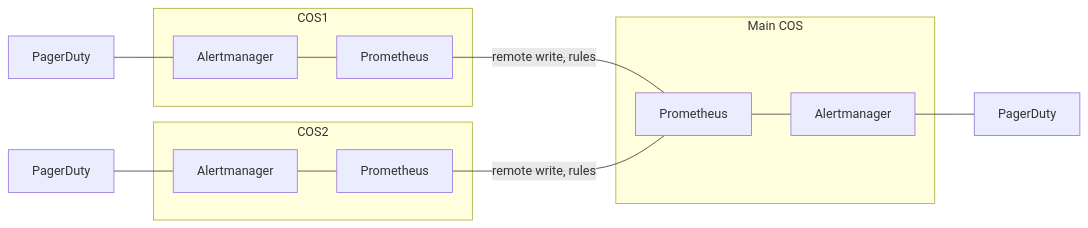
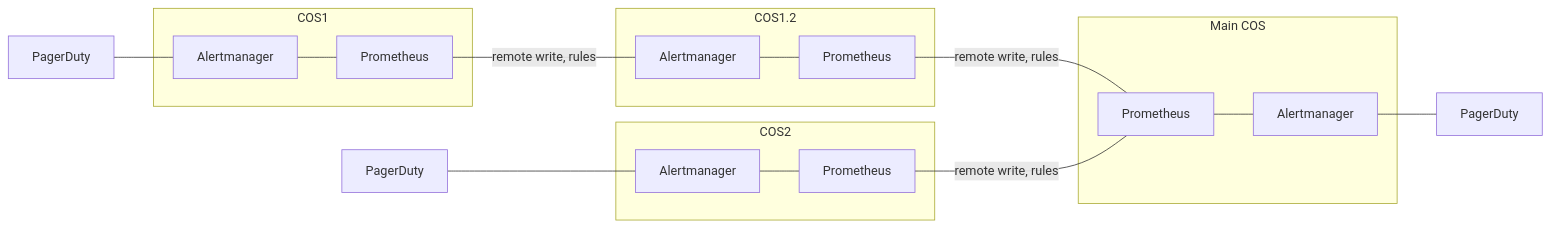
Before and after one commit to canonical/prometheus-k8s-operator: the diagram in INTEGRATING.md, drawn with Mermaid. The commit also changed other lines of this file, not shown here.

````diff
--- a/INTEGRATING.md
+++ b/INTEGRATING.md
@@ -46,28 +46,29 @@
 ```mermaid
 graph LR
-
 subgraph COS1
   am1[Alertmanager]
   prom1[Prometheus]
   am1 --- prom1
 end
-
+subgraph COS1.2
+  am1.2[Alertmanager]
+  prom1.2[Prometheus]
+  am1.2 --- prom1.2
+end
 subgraph COS2
   am2[Alertmanager]
   prom2[Prometheus]
   am2 --- prom2
 end
-
 subgraph COS[Main COS]
   am[Alertmanager]
   prom[Prometheus]
   prom --- am
 end
-
 pd1[PagerDuty] --- am1
 pd2[PagerDuty] --- am2
 am --- pd[PagerDuty]
-
-prom1 --- |remote write, rules| prom
+prom1 --- |remote write, rules| am1.2
+prom1.2 --- |remote write, rules| prom
 prom2 --- |remote write, rules| prom
 ```
````
